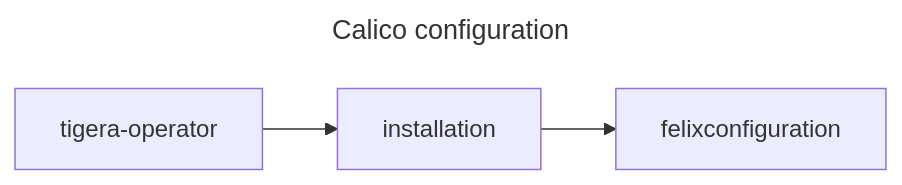
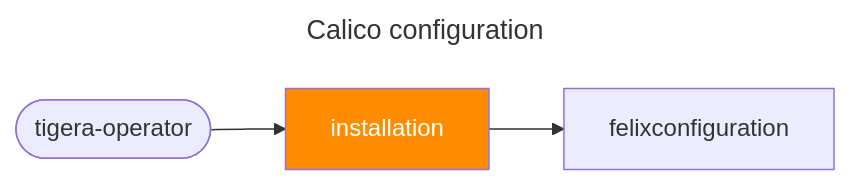
Before and after one commit to younsl/younsl.github.io: the second of 2 diagrams in content/blog/calico-iptables-conflict/index.md, drawn with Mermaid. The commit also changed other lines of this file, not shown here.

````diff
--- a/content/blog/calico-iptables-conflict/index.md
+++ b/content/blog/calico-iptables-conflict/index.md
@@ -149,11 +192,13 @@
 ```mermaid
 ---
 title: Calico configuration
 ---
 flowchart LR
-  to["tigera-operator"]
+  to(["tigera-operator"])
   in["installation"]
   fe["felixconfiguration"]
 
   to --> in --> fe
+
+  style in fill:darkorange, color:white
 ```
````
